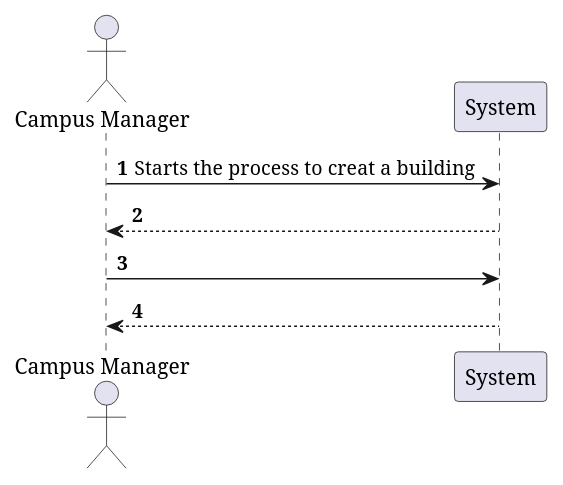
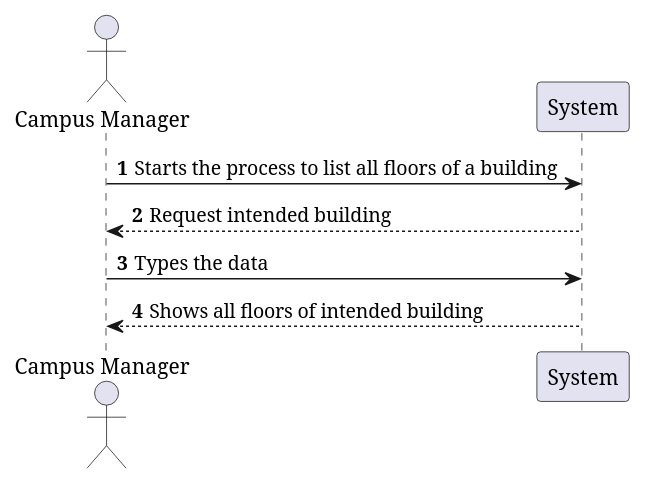
One commit to Pedro-Pereira1/sem5pi_23_24_g056 changed the diagram in docs/US_210/Diagrams/SystemSequenceDiagram.puml. Above: the diagram before and after it, drawn with PlantUML. The commit also changed other lines of this file and 6 other files, not shown here.

Commit message:
Updated documentation, added US210 Level1,2 and 3 Diagrams

```diff
--- a/docs/US_210/Diagrams/SystemSequenceDiagram.puml
+++ b/docs/US_210/Diagrams/SystemSequenceDiagram.puml
@@ -1,13 +1,12 @@
 @startuml
-'https://plantuml.com/sequence-diagram
 
 autonumber
 actor "Campus Manager" as CM
 
-CM -> System: Starts the process to  creat a building
-System --> CM:
-CM -> System:
-CM <-- System:
+CM -> System: Starts the process to list all floors of a building
+System --> CM: Request intended building
+CM -> System: Types the data
+CM <-- System: Shows all floors of intended building
 
 
 @enduml
```
